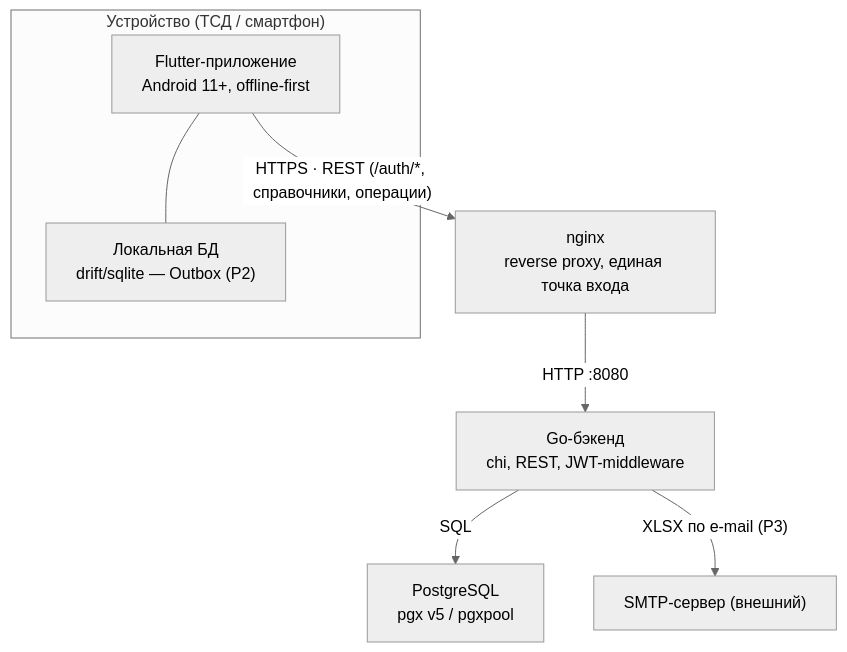
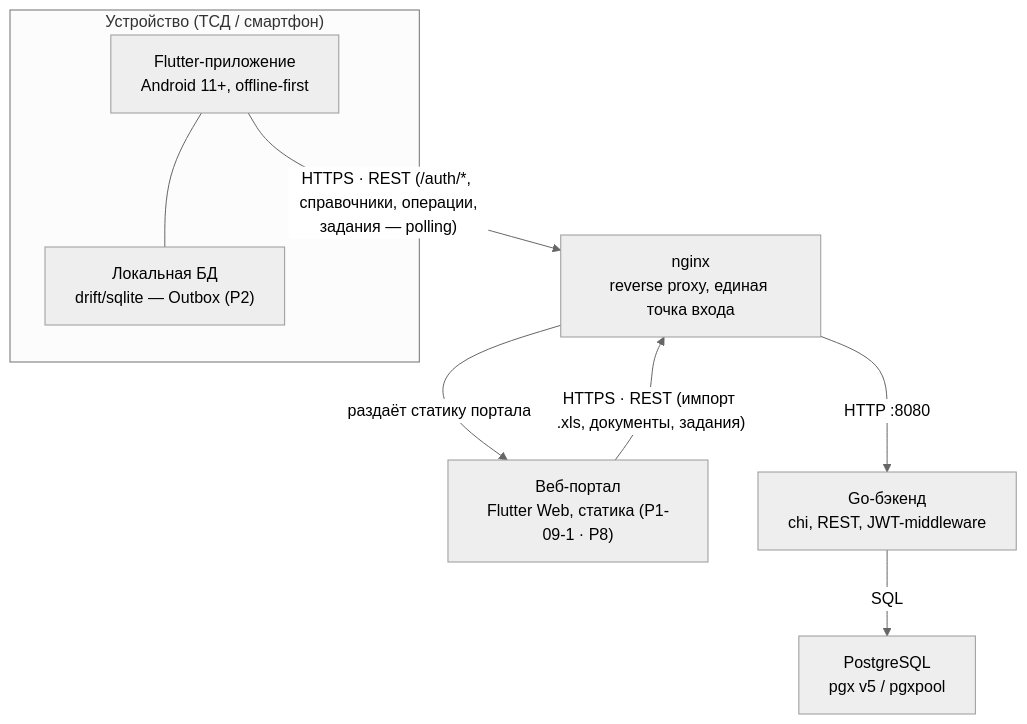
One commit to SergeiSMV/craft_limonades changed the second of 4 diagrams in docs/architecture.md. Above: the diagram before and after it, drawn with Mermaid (neutral theme). The commit also changed other lines of this file and 8 other files, not shown here.

First line of the commit message:
docs: ревизия плана v3 — веб-портал, сборка/отгрузка, инвентаризация

````diff
--- a/docs/architecture.md
+++ b/docs/architecture.md
@@ -52,18 +55,19 @@
 ```mermaid
 flowchart TB
     subgraph device["Устройство (ТСД / смартфон)"]
         app["Flutter-приложение<br/>Android 11+, offline-first"]
         localdb["Локальная БД<br/>drift/sqlite — Outbox (P2)"]
         app --- localdb
     end
 
+    portal["Веб-портал<br/>Flutter Web, статика (P1-09-1 · P8)"]
     nginx["nginx<br/>reverse proxy, единая точка входа"]
     backend["Go-бэкенд<br/>chi, REST, JWT-middleware"]
     pg["PostgreSQL<br/>pgx v5 / pgxpool"]
-    smtp["SMTP-сервер (внешний)"]
 
-    app -->|"HTTPS · REST (/auth/*, справочники, операции)"| nginx
+    app -->|"HTTPS · REST (/auth/*, справочники, операции,<br/>задания — polling)"| nginx
+    portal -->|"HTTPS · REST (импорт .xls, документы, задания)"| nginx
     nginx -->|"HTTP :8080"| backend
+    nginx -->|"раздаёт статику портала"| portal
     backend -->|"SQL"| pg
-    backend -->|"XLSX по e-mail (P3)"| smtp
 ```
````
